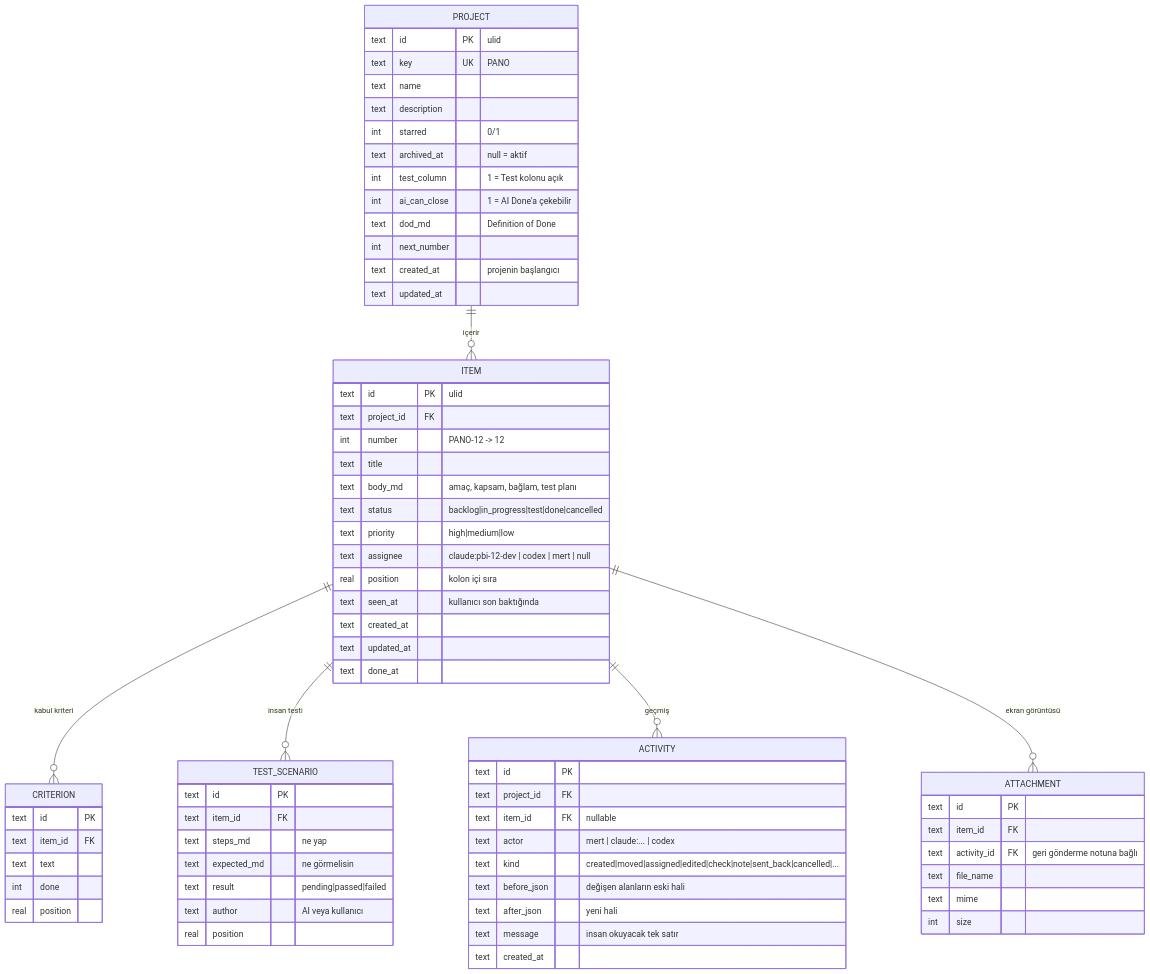
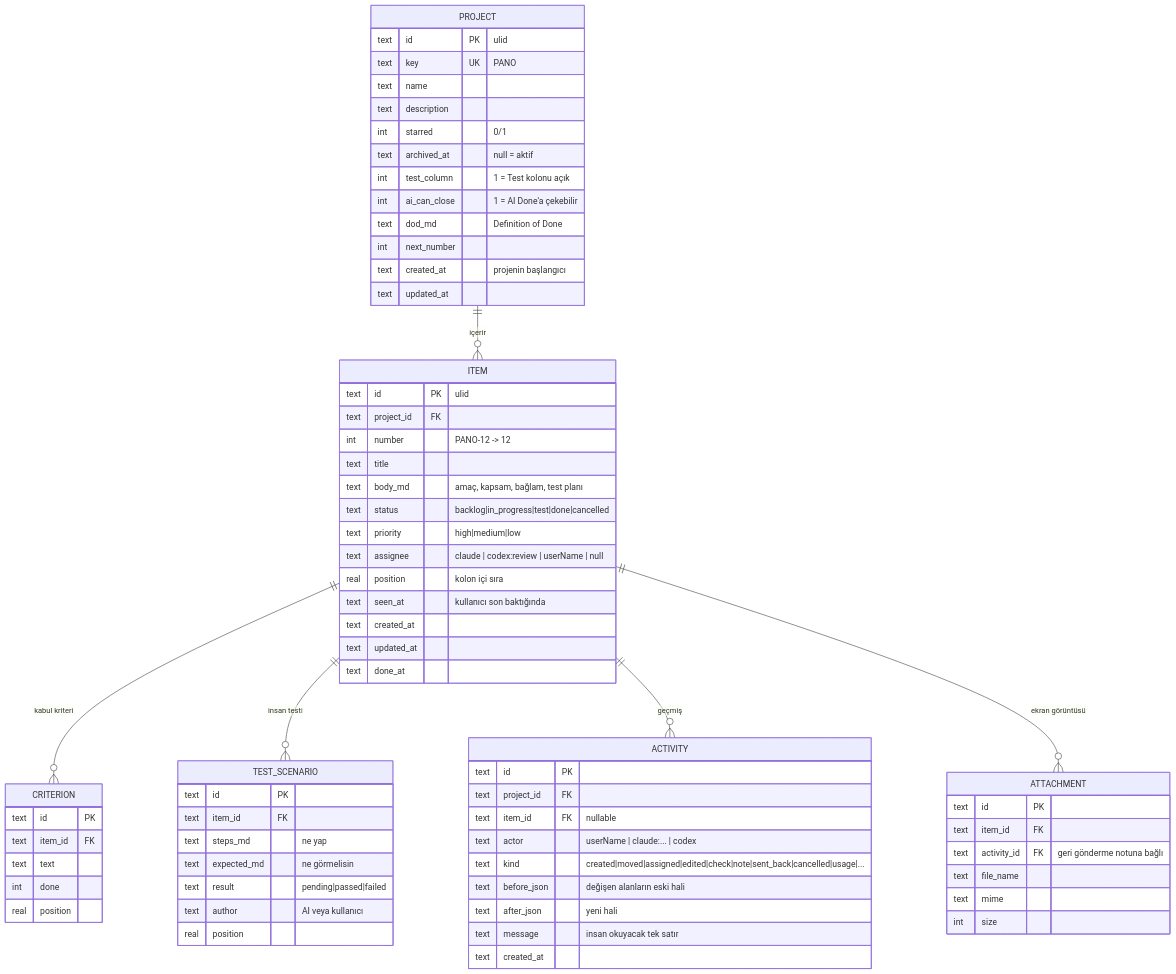
The second of 2 diagrams in docs/architecture.md (Metonya/pano), drawn with Mermaid before and after one commit. The commit also changed other lines of this file and 91 other files, not shown here.

First line of the commit message:
PBI-031..033: Agent identity, usage records, simpler project card added

````diff
--- a/docs/architecture.md
+++ b/docs/architecture.md
@@ -67,72 +67,72 @@
 ```mermaid
 erDiagram
   PROJECT ||--o{ ITEM : içerir
   ITEM ||--o{ CRITERION : "kabul kriteri"
   ITEM ||--o{ TEST_SCENARIO : "insan testi"
   ITEM ||--o{ ACTIVITY : "geçmiş"
   ITEM ||--o{ ATTACHMENT : "ekran görüntüsü"
   PROJECT {
     text id PK "ulid"
     text key UK "PANO"
     text name
     text description
     int starred "0/1"
     text archived_at "null = aktif"
     int test_column "1 = Test kolonu açık"
     int ai_can_close "1 = AI Done'a çekebilir"
     text dod_md "Definition of Done"
     int next_number
     text created_at "projenin başlangıcı"
     text updated_at
   }
   ITEM {
     text id PK "ulid"
     text project_id FK
     int number "PANO-12 -> 12"
     text title
     text body_md "amaç, kapsam, bağlam, test planı"
     text status "backlog|in_progress|test|done|cancelled"
     text priority "high|medium|low"
-    text assignee "claude:pbi-12-dev | codex | mert | null"
+    text assignee "claude | codex:review | userName | null"
     real position "kolon içi sıra"
     text seen_at "kullanıcı son baktığında"
     text created_at
     text updated_at
     text done_at
   }
   CRITERION {
     text id PK
     text item_id FK
     text text
     int done
     real position
   }
   TEST_SCENARIO {
     text id PK
     text item_id FK
     text steps_md "ne yap"
     text expected_md "ne görmelisin"
     text result "pending|passed|failed"
     text author "AI veya kullanıcı"
     real position
   }
   ATTACHMENT {
     text id PK
     text item_id FK
     text activity_id FK "geri gönderme notuna bağlı"
     text file_name
     text mime
     int size
   }
   ACTIVITY {
     text id PK
     text project_id FK
     text item_id FK "nullable"
-    text actor "mert | claude:... | codex"
-    text kind "created|moved|assigned|edited|check|note|sent_back|cancelled|..."
+    text actor "userName | claude:... | codex"
+    text kind "created|moved|assigned|edited|check|note|sent_back|cancelled|usage|..."
     text before_json "değişen alanların eski hali"
     text after_json "yeni hali"
     text message "insan okuyacak tek satır"
     text created_at
   }
 ```
````
